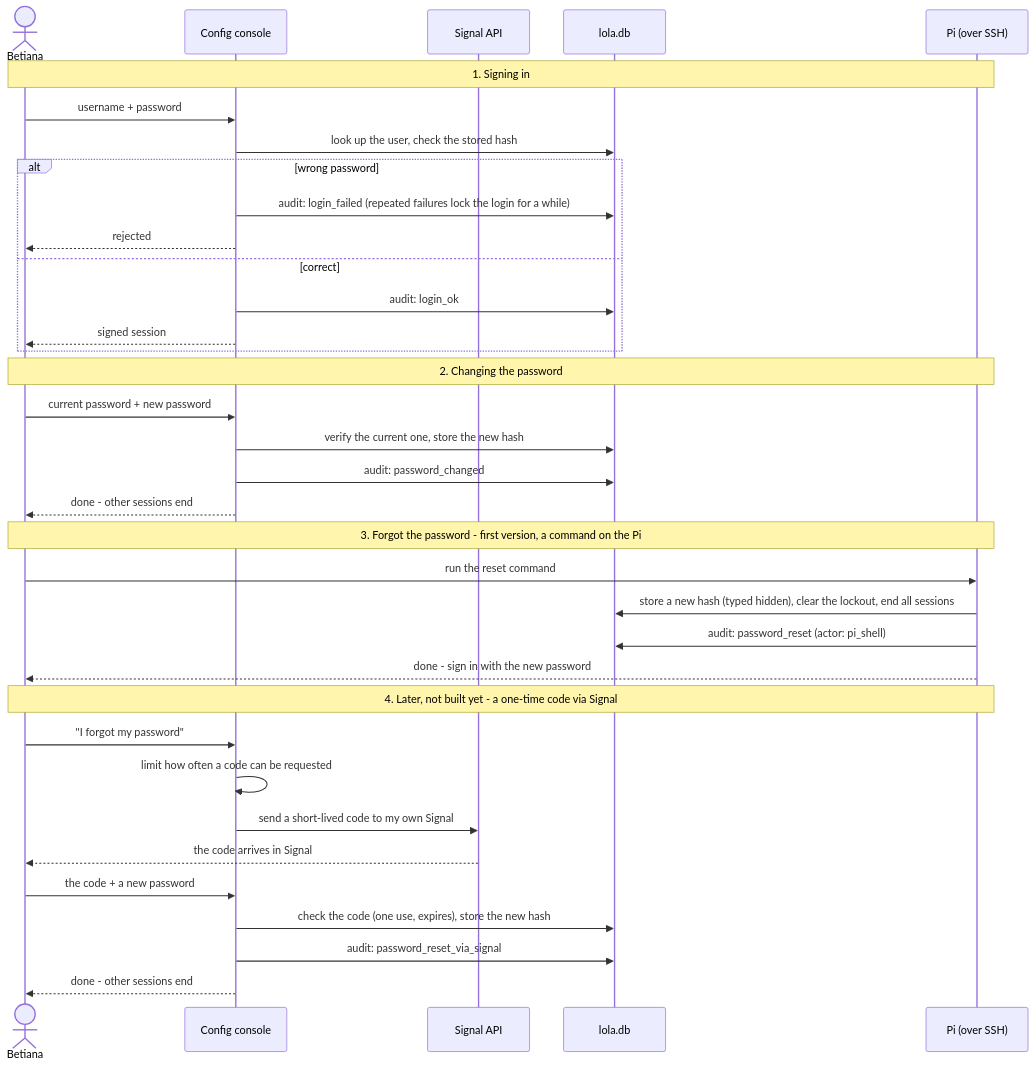
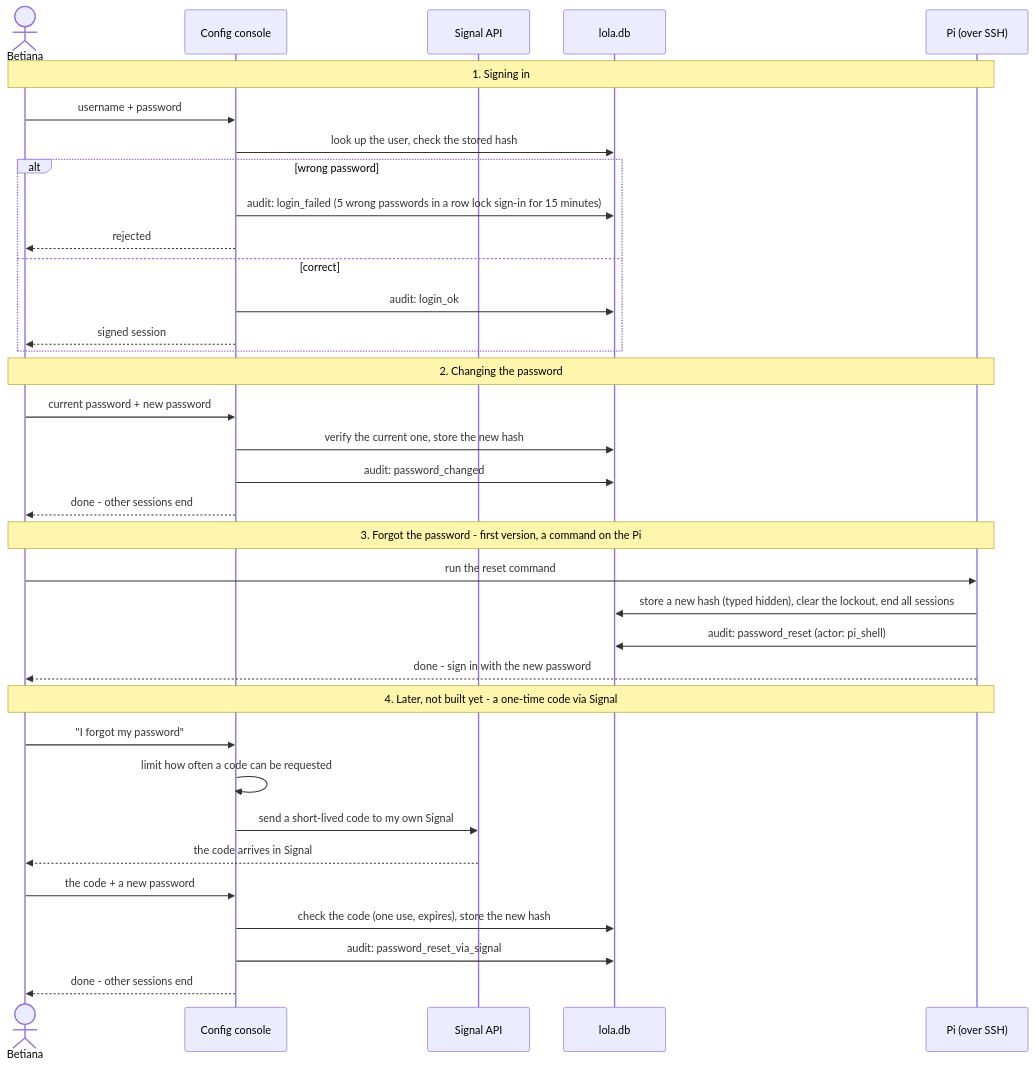
One commit to betiana688/lola-bla changed the second of 3 diagrams in docs/architecture/console.md. Above: the diagram before and after it, drawn with Mermaid. The commit also changed other lines of this file and 6 other files, not shown here.

Commit message:
Docs catch-up: Story 3, console as built, unlink flow, data model, SBOM, plan, stale settings

````diff
--- a/docs/architecture/console.md
+++ b/docs/architecture/console.md
@@ -44,37 +49,37 @@
 ```mermaid
 sequenceDiagram
   actor B as Betiana
   participant C as Config console
   participant A as Signal API
   participant D as lola.db
   participant S as Pi (over SSH)
   Note over B,S: 1. Signing in
   B->>C: username + password
   C->>D: look up the user, check the stored hash
   alt wrong password
-    C->>D: audit: login_failed (repeated failures lock the login for a while)
+    C->>D: audit: login_failed (5 wrong passwords in a row lock sign-in for 15 minutes)
     C-->>B: rejected
   else correct
     C->>D: audit: login_ok
     C-->>B: signed session
   end
   Note over B,S: 2. Changing the password
   B->>C: current password + new password
   C->>D: verify the current one, store the new hash
   C->>D: audit: password_changed
   C-->>B: done - other sessions end
   Note over B,S: 3. Forgot the password - first version, a command on the Pi
   B->>S: run the reset command
   S->>D: store a new hash (typed hidden), clear the lockout, end all sessions
   S->>D: audit: password_reset (actor: pi_shell)
   S-->>B: done - sign in with the new password
   Note over B,S: 4. Later, not built yet - a one-time code via Signal
   B->>C: "I forgot my password"
   C->>C: limit how often a code can be requested
   C->>A: send a short-lived code to my own Signal
   A-->>B: the code arrives in Signal
   B->>C: the code + a new password
   C->>D: check the code (one use, expires), store the new hash
   C->>D: audit: password_reset_via_signal
   C-->>B: done - other sessions end
 ```
````
